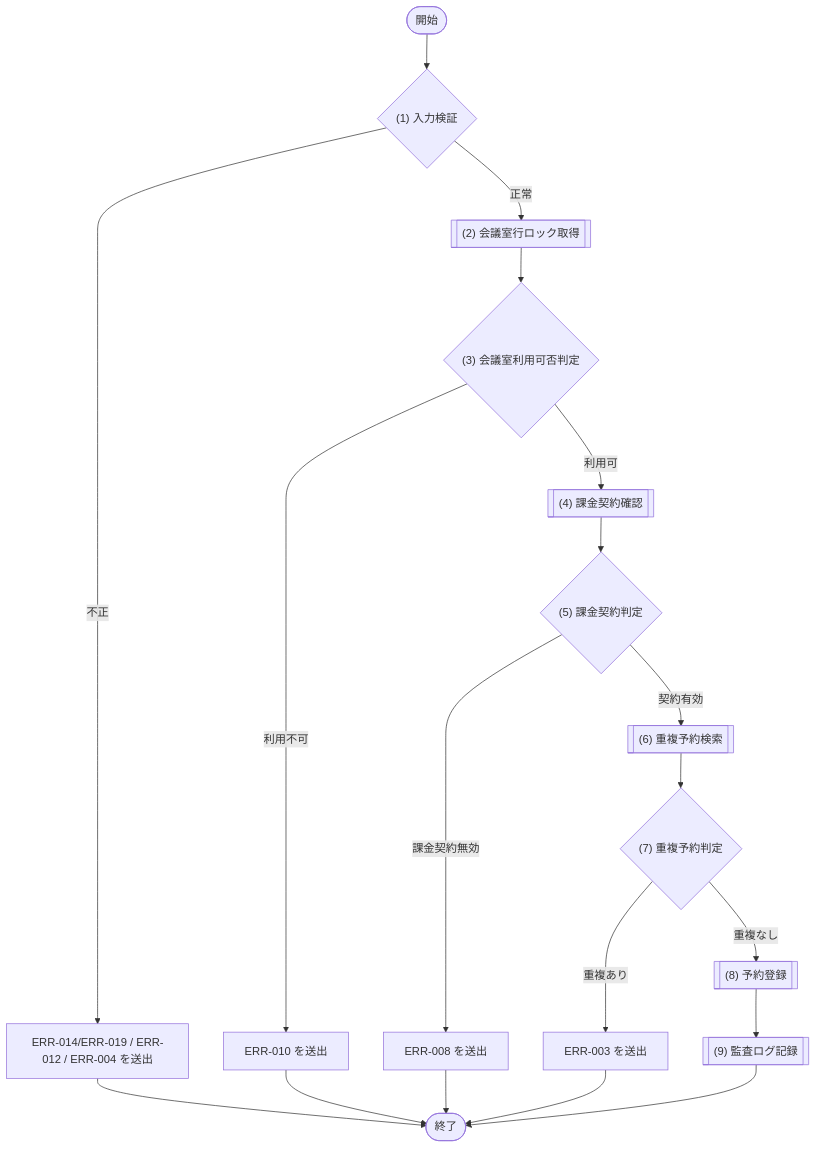
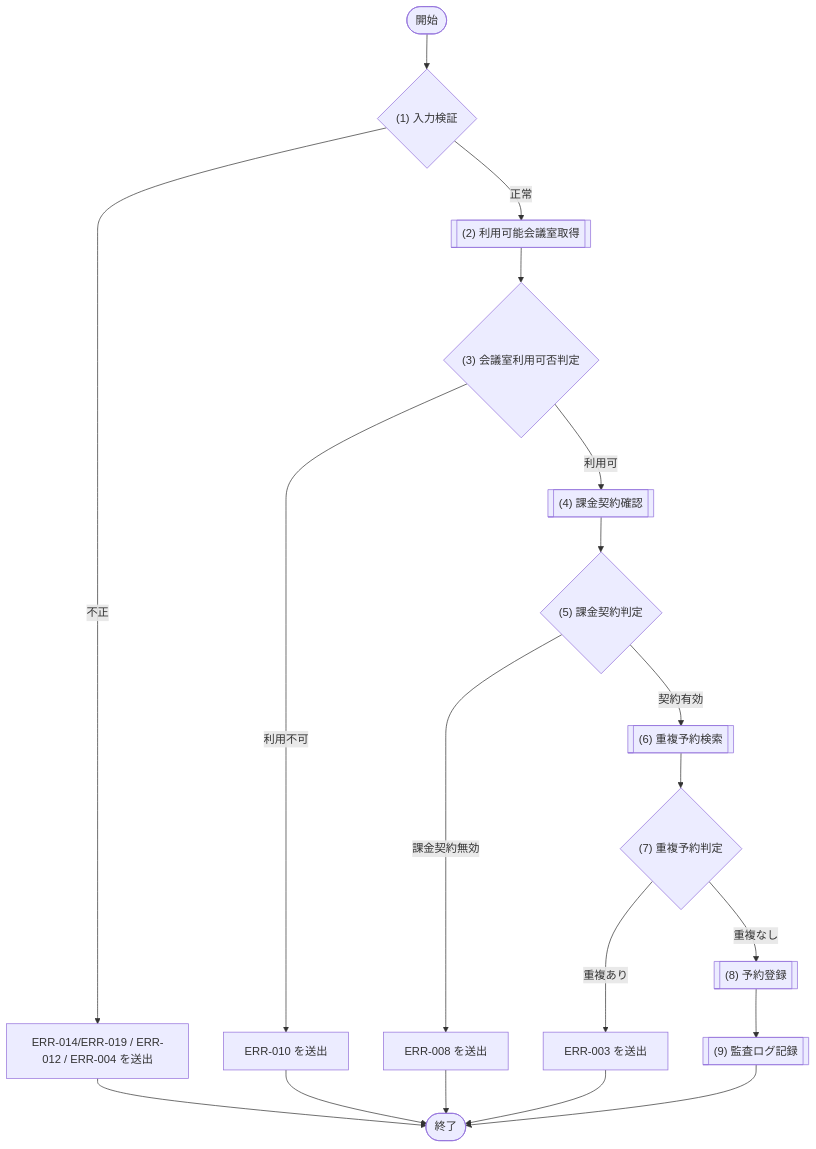
The second of 6 diagrams in docs/03_機能設計/06_モジュール設計/MOD-003_予約サービス.md (sikakou54/system-document-template), drawn with Mermaid before and after one commit. The commit also changed other lines of this file and 55 other files, not shown here.

````diff
--- a/docs/03_機能設計/06_モジュール設計/MOD-003_予約サービス.md
+++ b/docs/03_機能設計/06_モジュール設計/MOD-003_予約サービス.md
@@ -143,28 +145,28 @@
 ```mermaid
 flowchart TD
   Start([開始])
   D1{"(1) 入力検証"}
-  P1[["(2) 会議室行ロック取得"]]
+  P1[["(2) 利用可能会議室取得"]]
   D2{"(3) 会議室利用可否判定"}
   P2[["(4) 課金契約確認"]]
   D3{"(5) 課金契約判定"}
   P3[["(6) 重複予約検索"]]
   D4{"(7) 重複予約判定"}
   P4[["(8) 予約登録"]]
   P5[["(9) 監査ログ記録"]]
   E1["ERR-014/ERR-019 / ERR-012 / ERR-004 を送出"]
   E2["ERR-010 を送出"]
   E4["ERR-008 を送出"]
   E3["ERR-003 を送出"]
   End([終了])
 
   Start --> D1
   D1 -- "不正" --> E1 --> End
   D1 -- "正常" --> P1 --> D2
   D2 -- "利用不可" --> E2 --> End
   D2 -- "利用可" --> P2 --> D3
   D3 -- "課金契約無効" --> E4 --> End
   D3 -- "契約有効" --> P3 --> D4
   D4 -- "重複あり" --> E3 --> End
   D4 -- "重複なし" --> P4 --> P5 --> End
 ```
````
